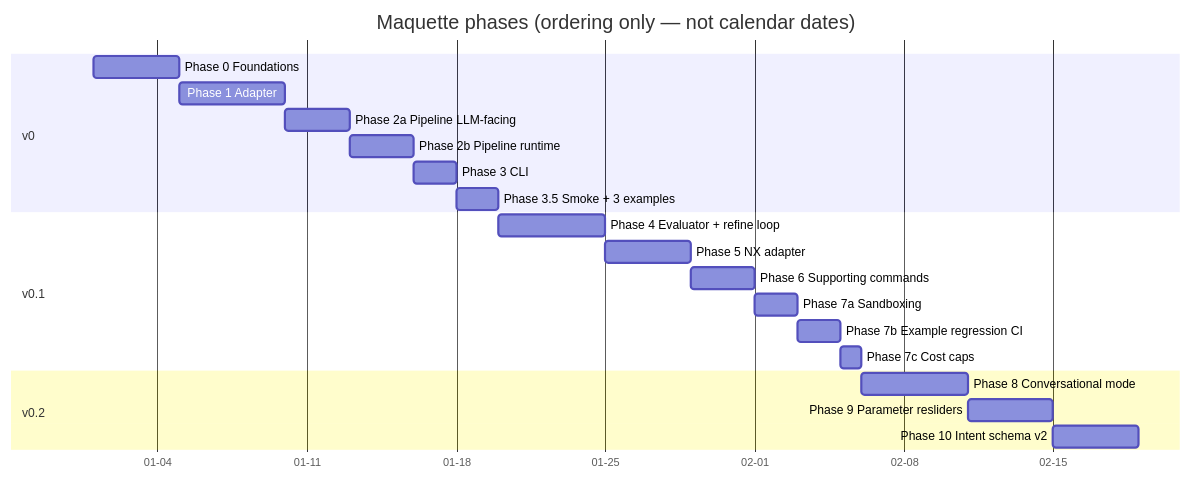
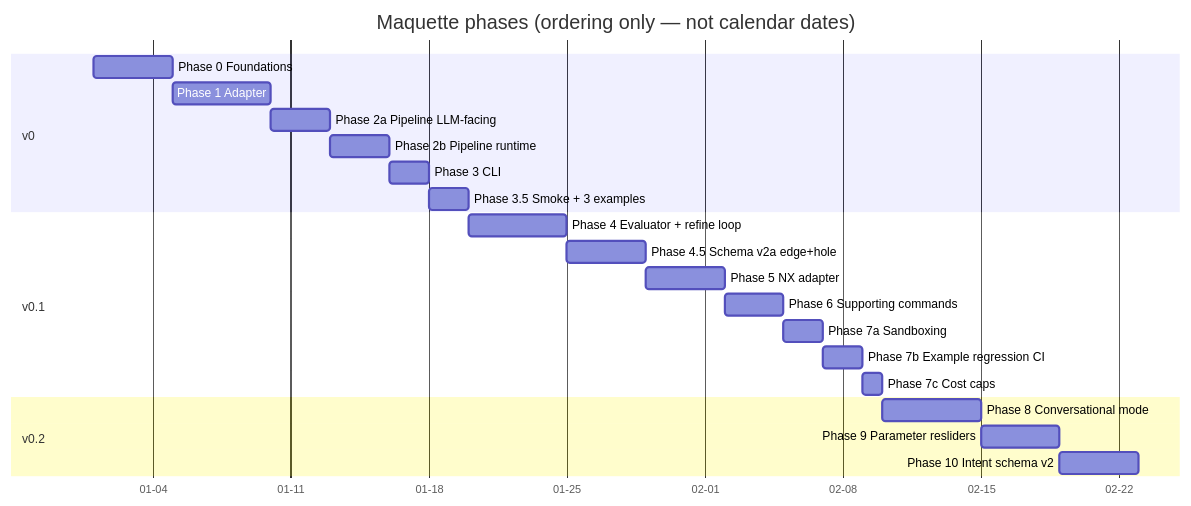
The diagram in docs/03-roadmap.md (vandpaolo/touch), drawn with Mermaid before and after one commit. The commit also changed other lines of this file and 1 other file, not shown here.

First line of the commit message:
docs: re-sequence roadmap per blocker re-design (/pm-roadmap)

````diff
--- a/docs/03-roadmap.md
+++ b/docs/03-roadmap.md
@@ -26,24 +26,25 @@
 ```mermaid
 gantt
     title Maquette phases (ordering only — not calendar dates)
     dateFormat  YYYY-MM-DD
     axisFormat  %m-%d
     section v0
     Phase 0     Foundations             :p0, 2026-01-01, 4d
     Phase 1     Adapter                 :p1, after p0, 5d
     Phase 2a    Pipeline LLM-facing     :p2a, after p1, 3d
     Phase 2b    Pipeline runtime        :p2b, after p2a, 3d
     Phase 3     CLI                     :p3, after p2b, 2d
     Phase 3.5   Smoke + 3 examples      :p3h, after p3, 2d
     section v0.1
     Phase 4     Evaluator + refine loop :p4, after p3h, 5d
-    Phase 5     NX adapter              :p5, after p4, 4d
+    Phase 4.5   Schema v2a edge+hole    :p45, after p4, 4d
+    Phase 5     NX adapter              :p5, after p45, 4d
     Phase 6     Supporting commands     :p6, after p5, 3d
     Phase 7a    Sandboxing              :p7a, after p6, 2d
     Phase 7b    Example regression CI   :p7b, after p7a, 2d
     Phase 7c    Cost caps               :p7c, after p7b, 1d
     section v0.2
     Phase 8     Conversational mode     :p8, after p7c, 5d
     Phase 9     Parameter resliders     :p9, after p8, 4d
     Phase 10    Intent schema v2        :p10, after p9, 4d
 ```
````
